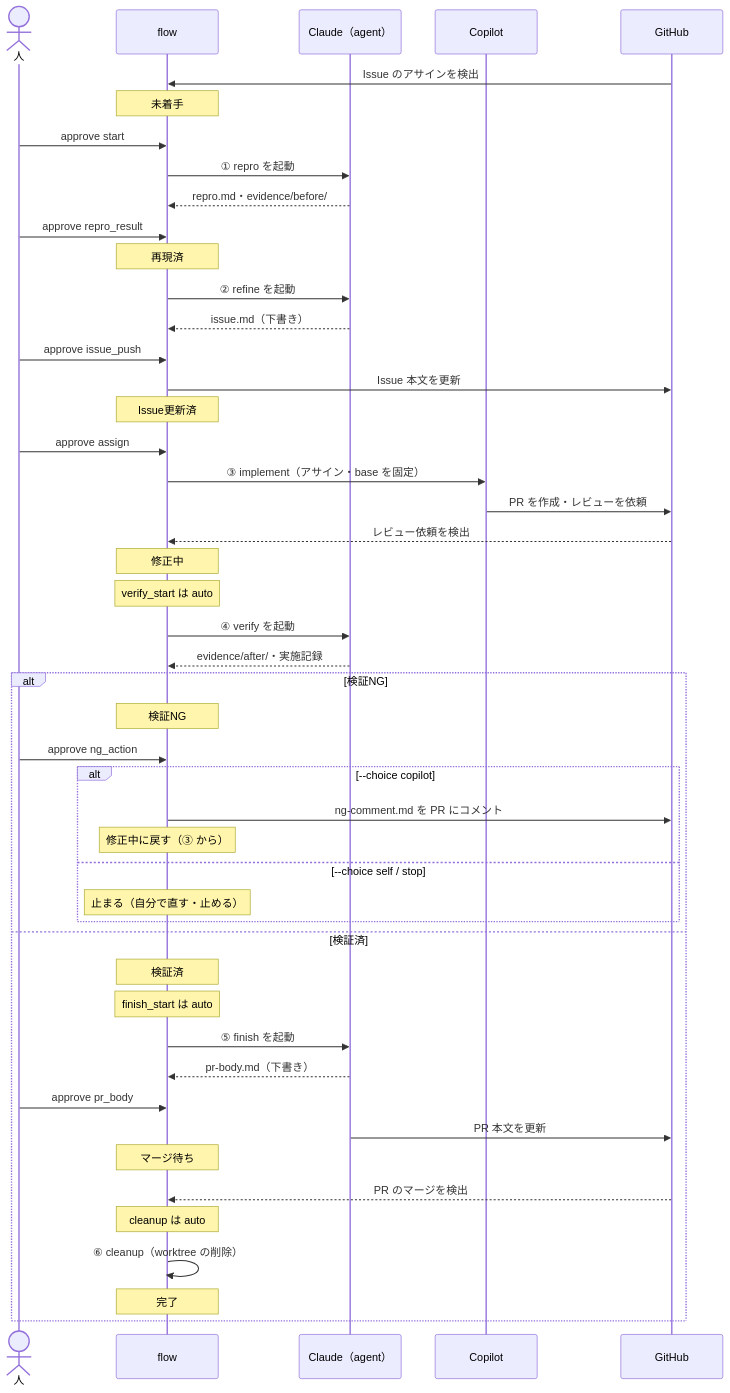
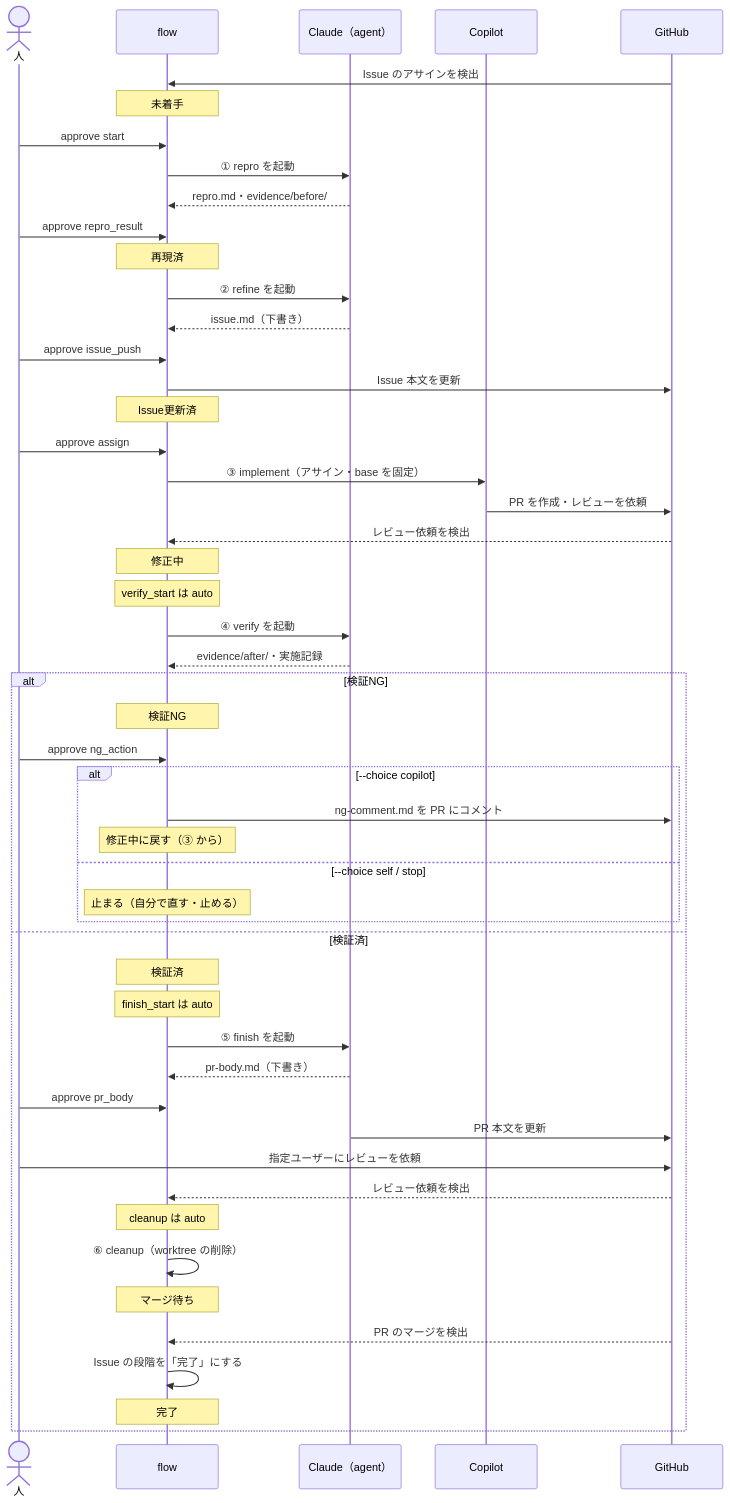
The diagram in docs/guide.md (fox-taiga-nakano/flow), drawn with Mermaid before and after one commit. The commit also changed other lines of this file and 25 other files, not shown here.

````diff
--- a/docs/guide.md
+++ b/docs/guide.md
@@ -24,51 +24,54 @@
 ```mermaid
 sequenceDiagram
     actor 人
     participant flow
     participant Claude as Claude（agent）
     participant Copilot
     participant GitHub
 
     GitHub->>flow: Issue のアサインを検出
     Note over flow: 未着手
     人->>flow: approve start
     flow->>Claude: ① repro を起動
     Claude-->>flow: repro.md・evidence/before/
     人->>flow: approve repro_result
     Note over flow: 再現済
     flow->>Claude: ② refine を起動
     Claude-->>flow: issue.md（下書き）
     人->>flow: approve issue_push
     flow->>GitHub: Issue 本文を更新
     Note over flow: Issue更新済
     人->>flow: approve assign
     flow->>Copilot: ③ implement（アサイン・base を固定）
     Copilot->>GitHub: PR を作成・レビューを依頼
     GitHub-->>flow: レビュー依頼を検出
     Note over flow: 修正中
     Note over flow: verify_start は auto
     flow->>Claude: ④ verify を起動
     Claude-->>flow: evidence/after/・実施記録
     alt 検証NG
         Note over flow: 検証NG
         人->>flow: approve ng_action
         alt --choice copilot
             flow->>GitHub: ng-comment.md を PR にコメント
             Note over flow: 修正中に戻す（③ から）
         else --choice self / stop
             Note over flow: 止まる（自分で直す・止める）
         end
     else 検証済
         Note over flow: 検証済
         Note over flow: finish_start は auto
         flow->>Claude: ⑤ finish を起動
         Claude-->>flow: pr-body.md（下書き）
         人->>flow: approve pr_body
         Claude->>GitHub: PR 本文を更新
+        人->>GitHub: 指定ユーザーにレビューを依頼
+        GitHub-->>flow: レビュー依頼を検出
+        Note over flow: cleanup は auto
+        flow->>flow: ⑥ cleanup（worktree の削除）
         Note over flow: マージ待ち
         GitHub-->>flow: PR のマージを検出
-        Note over flow: cleanup は auto
-        flow->>flow: ⑥ cleanup（worktree の削除）
+        flow->>flow: Issue の段階を「完了」にする
         Note over flow: 完了
     end
 ```
````
